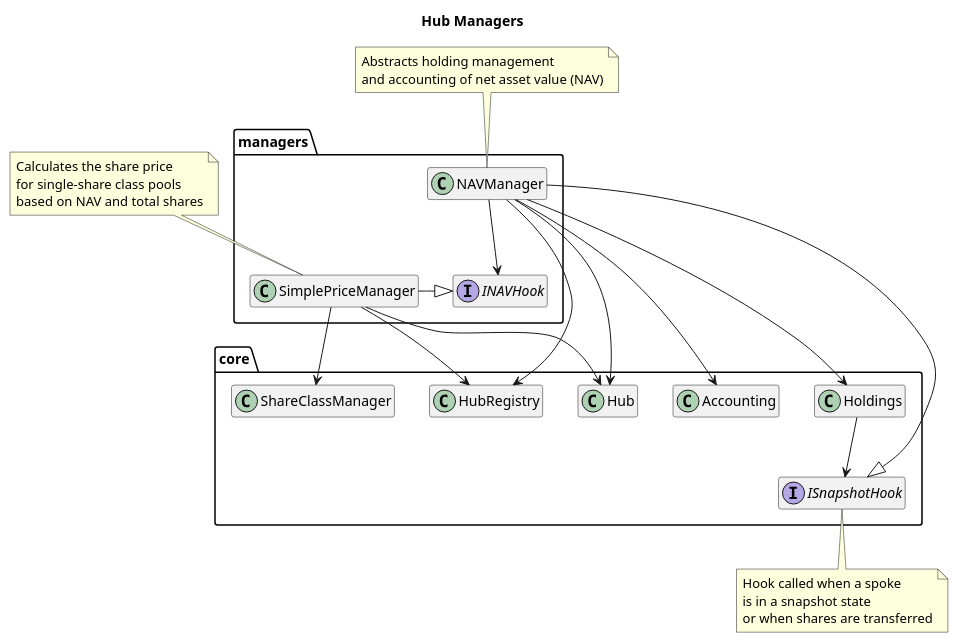
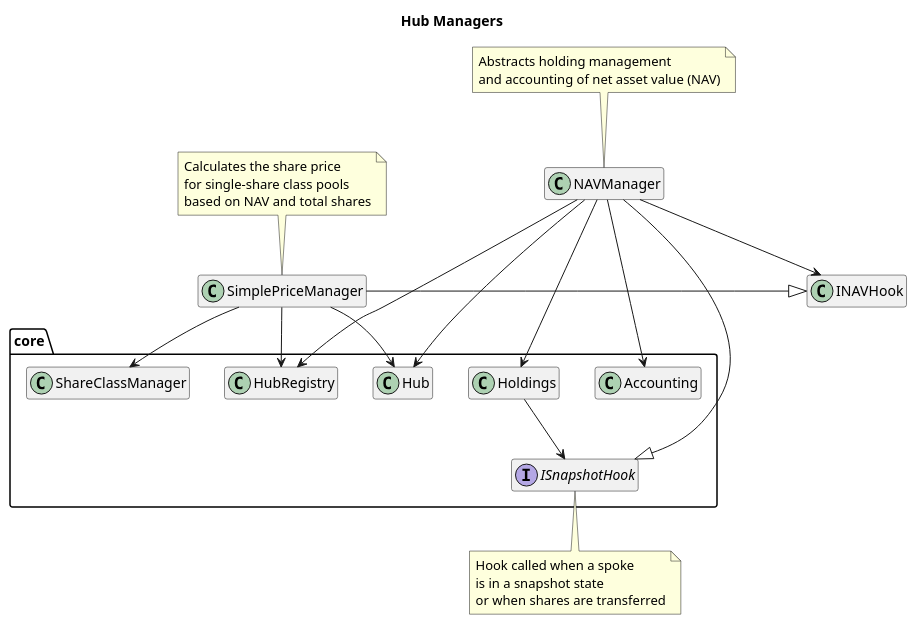
The diagram in docs/architecture/managers/hub-managers.puml (centrifuge/protocol), drawn with PlantUML before and after one commit. The commit also changed 4 other files, not shown here.

```diff
--- a/docs/architecture/managers/hub-managers.puml
+++ b/docs/architecture/managers/hub-managers.puml
@@ -1,51 +1,45 @@
 @startuml hub-managers
 title Hub Managers
 hide empty members
 
 package core {
     class Hub
     class Holdings
     class Accounting
     class HubRegistry
     class ShareClassManager
     interface ISnapshotHook
-}
-
-package managers {
-    class NAVManager
-    class SimplePriceManager
-    interface INAVHook
 }
 
 NAVManager --> Hub
 NAVManager --> Holdings
 NAVManager --> Accounting
 NAVManager --> HubRegistry
 NAVManager -|> ISnapshotHook
 NAVManager --> INAVHook
 
 SimplePriceManager -left|> INAVHook
 SimplePriceManager --> Hub
 SimplePriceManager --> ShareClassManager
 SimplePriceManager --> HubRegistry
 
 Holdings --> ISnapshotHook
 
 note top of NAVManager
   Abstracts holding management
   and accounting of net asset value (NAV)
 end note
 
 note top of SimplePriceManager
   Calculates the share price 
   for single-share class pools
   based on NAV and total shares
 end note
 
 note bottom of ISnapshotHook
   Hook called when a spoke
   is in a snapshot state
   or when shares are transferred
 end note
 
 @enduml
```
